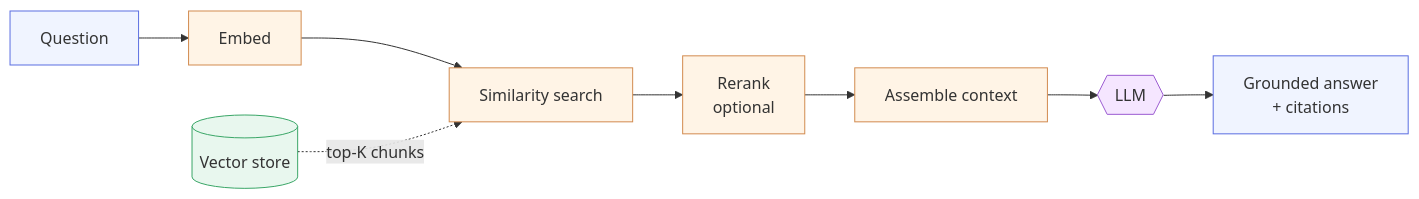
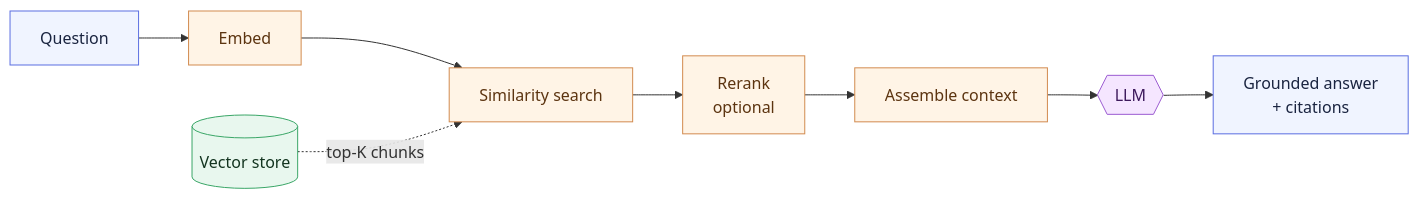
One commit to LinkedInLearning/docker-for-local-ai-app-development-build-lightweight-containerized-ai-applications-11189001 changed the third of 4 diagrams in chapter_1/l2/README.md. Above: the diagram before and after it, drawn with Mermaid. The commit also changed other lines of this file and 25 other files, not shown here.

````diff
--- a/chapter_1/l2/README.md
+++ b/chapter_1/l2/README.md
@@ -125,20 +125,20 @@
 ```mermaid
 flowchart LR
     Q[Question] --> E[Embed]
     E --> S[Similarity search]
     V[(Vector store)] -.top-K chunks.-> S
     S --> R[Rerank<br/>optional]
     R --> X[Assemble context]
     X --> L{{LLM}}
     L --> A[Grounded answer<br/>+ citations]
 
-    classDef io     fill:#f0f4ff,stroke:#5b6ee1,stroke-width:1px;
-    classDef action fill:#fff4e6,stroke:#d28b4f,stroke-width:1px;
-    classDef store  fill:#e8f7ee,stroke:#3aa667,stroke-width:1px;
-    classDef model  fill:#f5e6ff,stroke:#9b5bd1,stroke-width:1px;
+    classDef io     fill:#f0f4ff,stroke:#5b6ee1,stroke-width:1px,color:#1a2440;
+    classDef action fill:#fff4e6,stroke:#d28b4f,stroke-width:1px,color:#5c3410;
+    classDef store  fill:#e8f7ee,stroke:#3aa667,stroke-width:1px,color:#12341f;
+    classDef model  fill:#f5e6ff,stroke:#9b5bd1,stroke-width:1px,color:#3d1a5c;
 
     class Q,A io
     class E,S,R,X action
     class V store
     class L model
 ```
````
